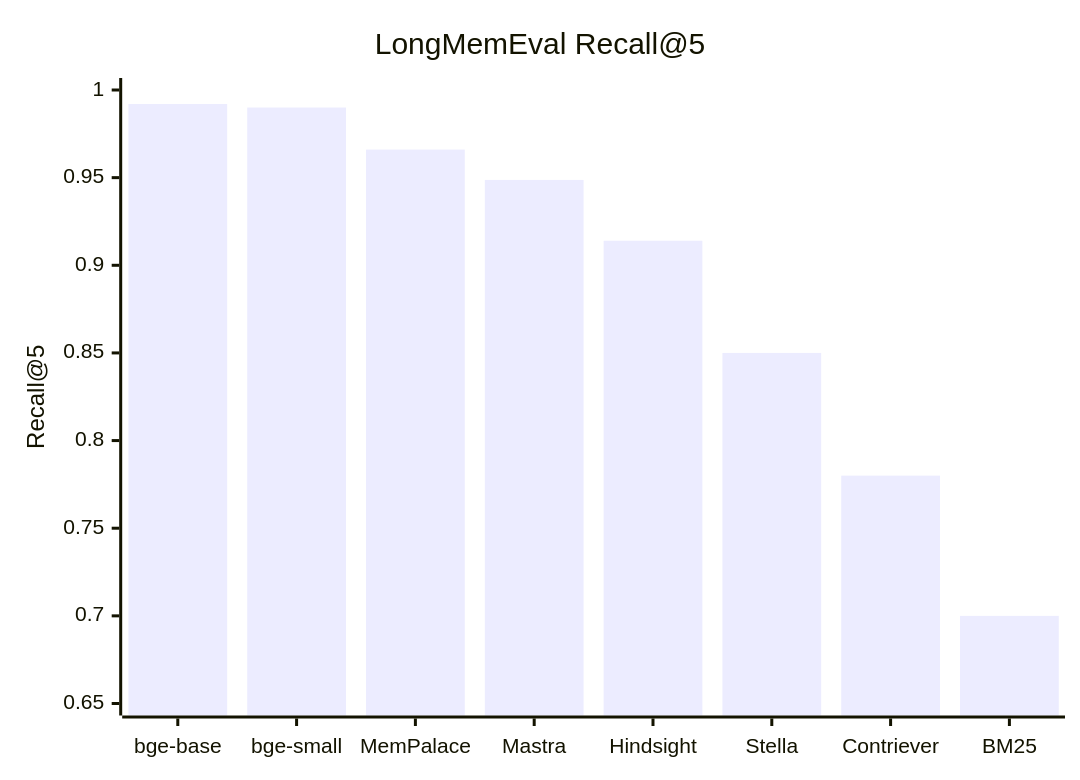
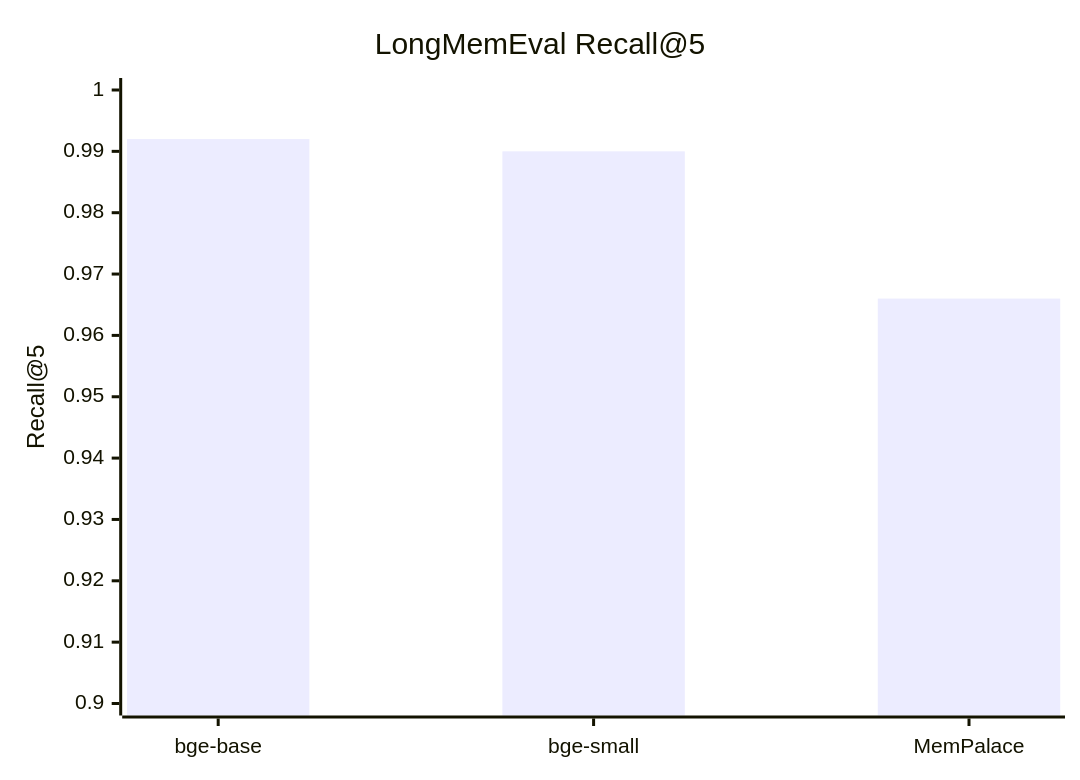
Before and after one commit to codysnider/tagmem: the first of 3 diagrams in README.md, drawn with Mermaid. The commit also changed other lines of this file and 3 other files, not shown here.

````diff
--- a/README.md
+++ b/README.md
@@ -231,7 +169,7 @@
 ```mermaid
 xychart-beta
     title "LongMemEval Recall@5"
-    x-axis ["bge-base", "bge-small", "MemPalace", "Mastra", "Hindsight", "Stella", "Contriever", "BM25"]
-    y-axis "Recall@5" 0.65 --> 1.00
-    bar [0.992, 0.990, 0.966, 0.9487, 0.914, 0.85, 0.78, 0.70]
+    x-axis ["bge-base", "bge-small", "MemPalace"]
+    y-axis "Recall@5" 0.90 --> 1.00
+    bar [0.992, 0.990, 0.966]
 ```
````
